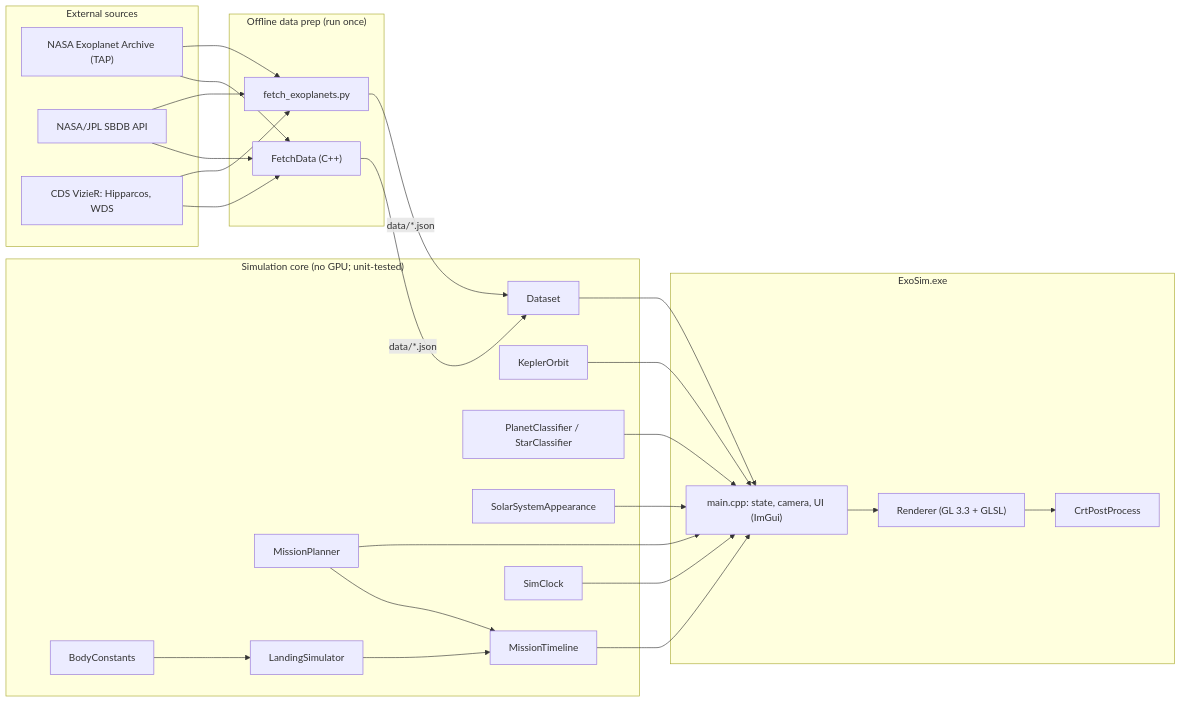
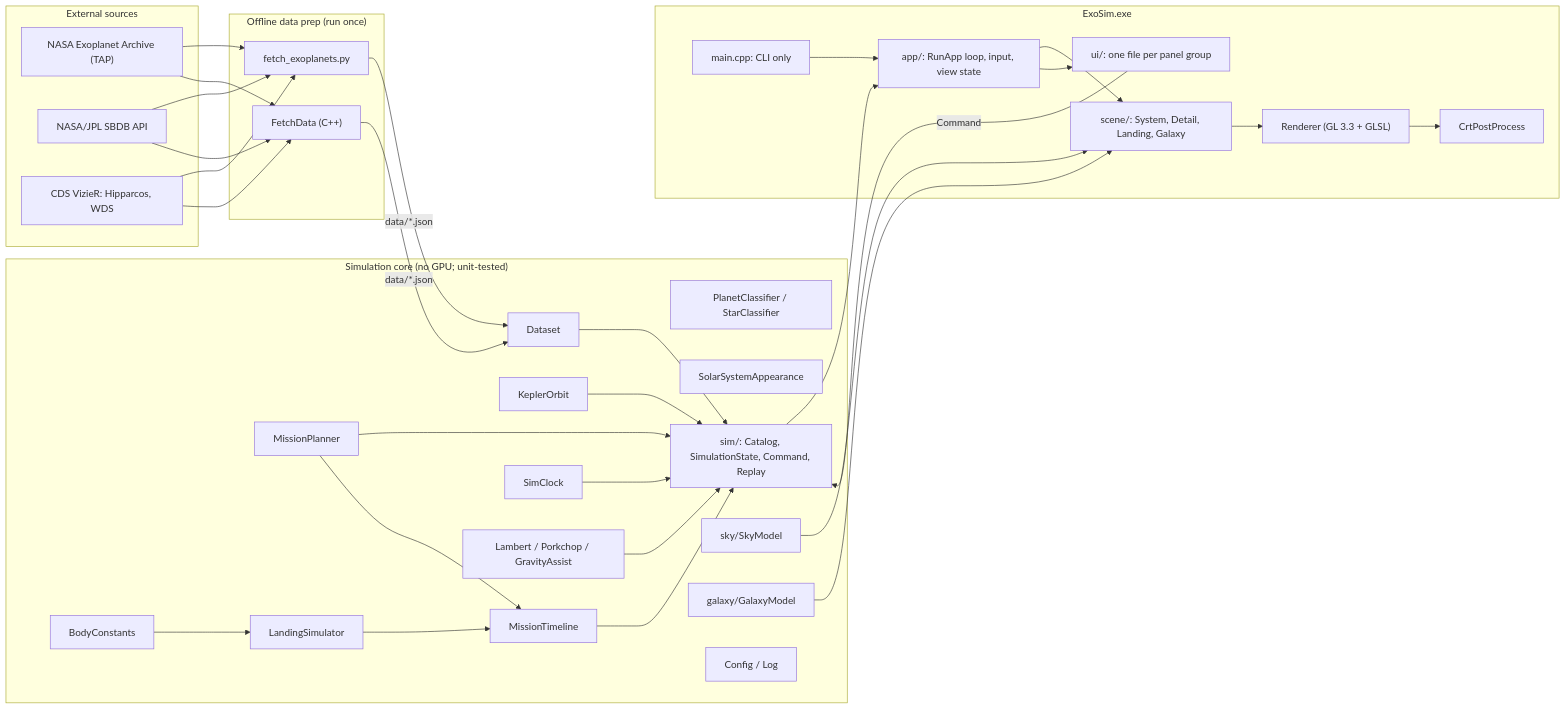
The diagram in docs/ARCHITECTURE.md (rayoazul777/ExoSim), drawn with Mermaid before and after one commit. The commit also changed other lines of this file and 101 other files, not shown here.

````diff
--- a/docs/ARCHITECTURE.md
+++ b/docs/ARCHITECTURE.md
@@ -5,36 +5,49 @@
 ```mermaid
 flowchart LR
     subgraph Offline["Offline data prep (run once)"]
         F1["fetch_exoplanets.py"]
         F2["FetchData (C++)"]
     end
     subgraph Sources["External sources"]
         S1["NASA Exoplanet Archive (TAP)"]
         S2["NASA/JPL SBDB API"]
         S3["CDS VizieR: Hipparcos, WDS"]
     end
     subgraph Core["Simulation core (no GPU; unit-tested)"]
         D["Dataset"]
         K["KeplerOrbit"]
         M["MissionPlanner"]
         C["PlanetClassifier / StarClassifier"]
         A["SolarSystemAppearance"]
         B["BodyConstants"]
         LS["LandingSimulator"]
         TL["MissionTimeline"]
         CLK["SimClock"]
+        LAM["Lambert / Porkchop / GravityAssist"]
+        SIM["sim/: Catalog, SimulationState, Command, Replay"]
+        SKY["sky/SkyModel"]
+        GAL["galaxy/GalaxyModel"]
+        CFG["Config / Log"]
     end
     subgraph App["ExoSim.exe"]
-        MAIN["main.cpp: state, camera, UI (ImGui)"]
+        MAIN["main.cpp: CLI only"]
+        APP["app/: RunApp loop, input, view state"]
+        SC["scene/: System, Detail, Landing, Galaxy"]
+        UI["ui/: one file per panel group"]
         R["Renderer (GL 3.3 + GLSL)"]
         CRT["CrtPostProcess"]
     end
     S1 & S2 & S3 --> F1 & F2
     F1 & F2 -->|"data/*.json"| D
-    D --> MAIN
-    K & M & C & A --> MAIN
+    D --> SIM
+    K & M & LAM --> SIM
     B --> LS --> TL
     M --> TL
-    TL & CLK --> MAIN
-    MAIN --> R --> CRT
+    TL & CLK --> SIM
+    MAIN --> APP
+    SIM --> APP
+    APP --> SC & UI
+    SKY & GAL --> SC
+    UI -->|"Command"| SIM
+    SC --> R --> CRT
 ```
````
